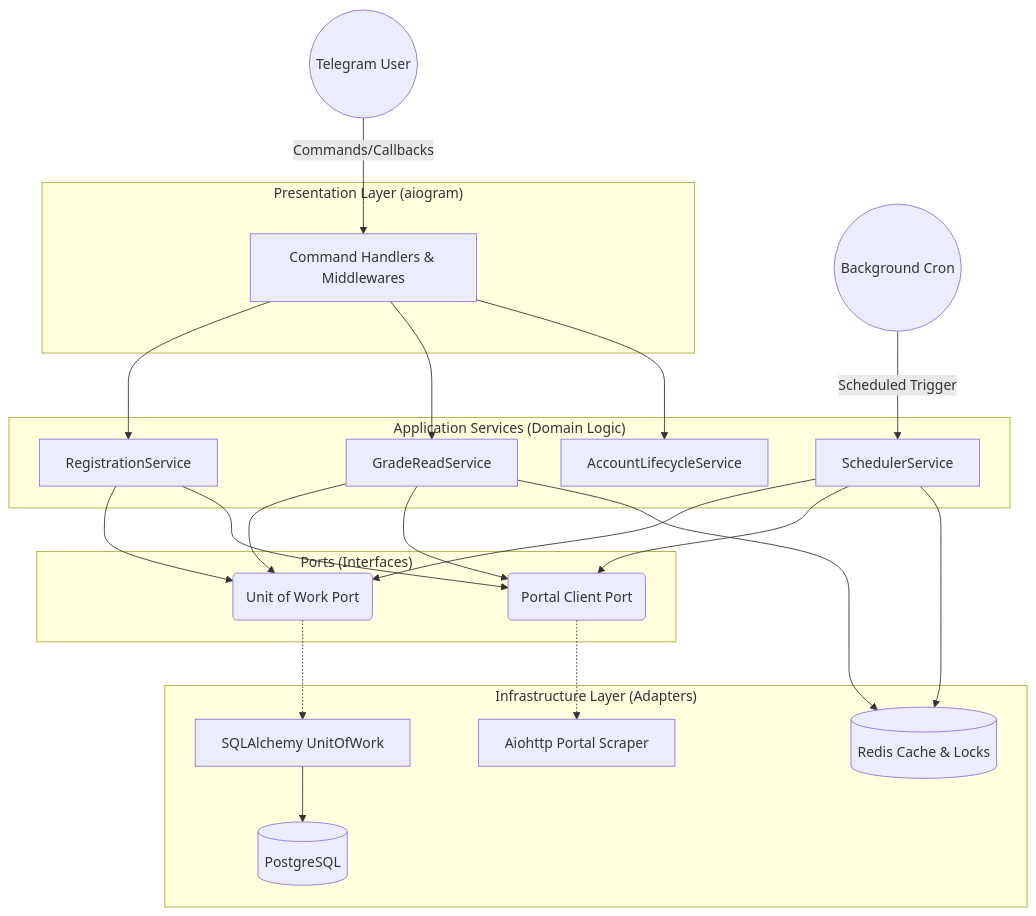
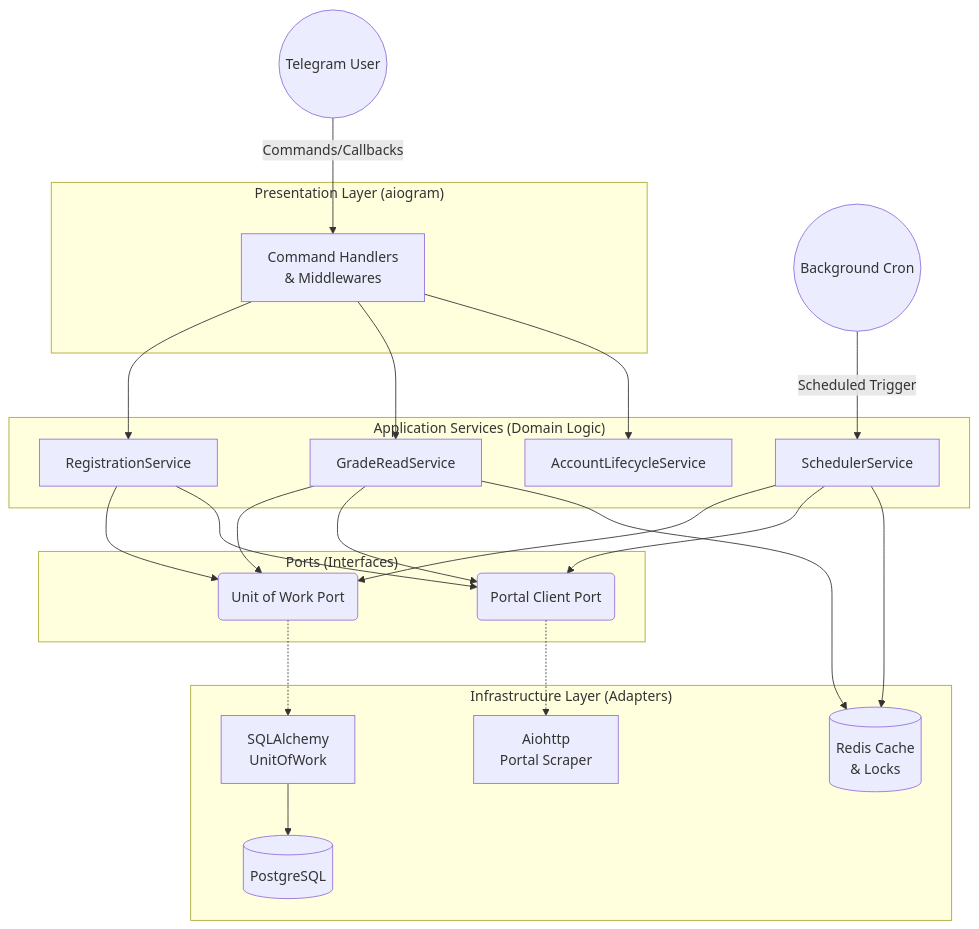
Before and after one commit to ob22a/aau_grade_bot: the first of 3 diagrams in docs/README.md, drawn with Mermaid. The commit also changed other lines of this file and 1 other file, not shown here.

Commit message:
docs: fix mermaid text wrapping, update ER diagrams with ADR 021 fields, and add directory links

````diff
--- a/docs/README.md
+++ b/docs/README.md
@@ -30,47 +30,47 @@
 ```mermaid
 graph TD
     %% Entrypoints
     User((Telegram User)) -->|Commands/Callbacks| Handlers
     Cron((Background Cron)) -->|Scheduled Trigger| SchedulerService
 
     subgraph "Presentation Layer (aiogram)"
-        Handlers[Command Handlers & Middlewares]
+        Handlers["Command Handlers<br/>& Middlewares"]
     end
 
     subgraph "Application Services (Domain Logic)"
         RegistrationService
         GradeReadService
         AccountLifecycleService
         SchedulerService
     end
 
     subgraph "Ports (Interfaces)"
-        UoWPort(Unit of Work Port)
-        PortalPort(Portal Client Port)
+        UoWPort("Unit of Work Port")
+        PortalPort("Portal Client Port")
     end
 
     subgraph "Infrastructure Layer (Adapters)"
-        UoWAdapter[SQLAlchemy UnitOfWork]
-        PortalAdapter[Aiohttp Portal Scraper]
+        UoWAdapter["SQLAlchemy<br/>UnitOfWork"]
+        PortalAdapter["Aiohttp<br/>Portal Scraper"]
         DB[(PostgreSQL)]
-        Redis[(Redis Cache & Locks)]
+        Redis[("Redis Cache<br/>& Locks")]
     end
 
     Handlers --> RegistrationService
     Handlers --> GradeReadService
     Handlers --> AccountLifecycleService
     
     RegistrationService --> UoWPort
     RegistrationService --> PortalPort
     GradeReadService --> UoWPort
     GradeReadService --> PortalPort
     SchedulerService --> UoWPort
     SchedulerService --> PortalPort
 
     UoWPort -.-> UoWAdapter
     PortalPort -.-> PortalAdapter
     
     UoWAdapter --> DB
     GradeReadService --> Redis
     SchedulerService --> Redis
 ```
````
